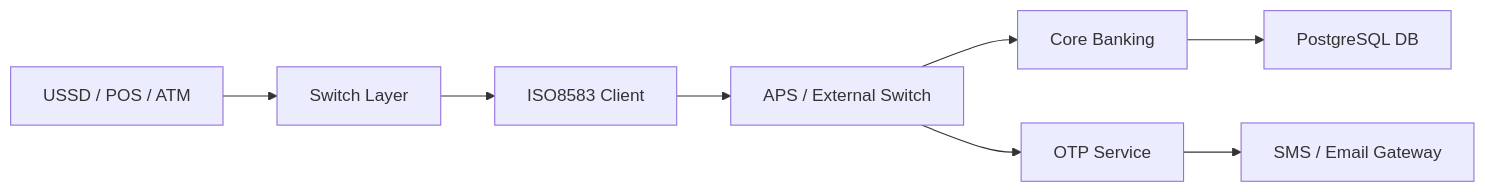
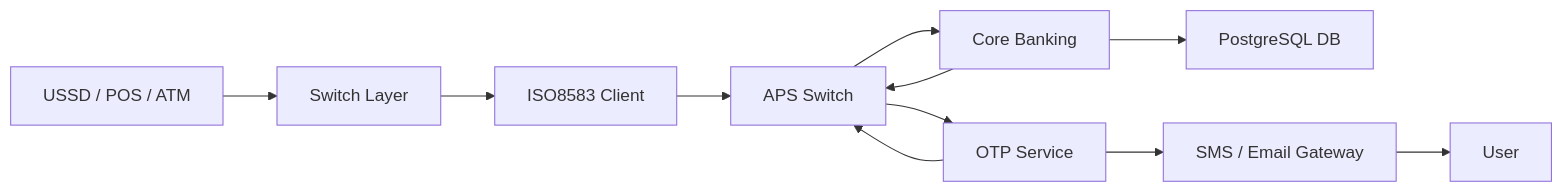
One commit to fazalhaq661/fazalhaq661 changed the diagram in README.md. Above: the diagram before and after it, drawn with Mermaid.

Commit message:
Make Graph

````diff
--- a/README.md
+++ b/README.md
@@ -65,10 +65,13 @@
 ```mermaid
 flowchart LR
     A[USSD / POS / ATM] --> B[Switch Layer]
     B --> C[ISO8583 Client]
-    C --> D[APS / External Switch]
+    C --> D[APS Switch]
     D --> E[Core Banking]
     E --> F[PostgreSQL DB]
     D --> G[OTP Service]
     G --> H[SMS / Email Gateway]
+    E --> D
+    G --> D
+    H --> I[User]
 ```
````
